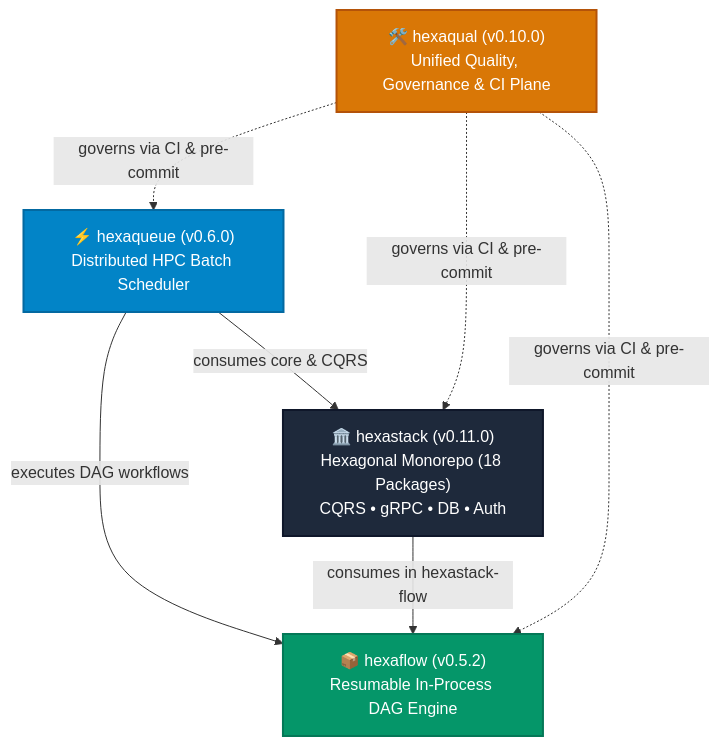
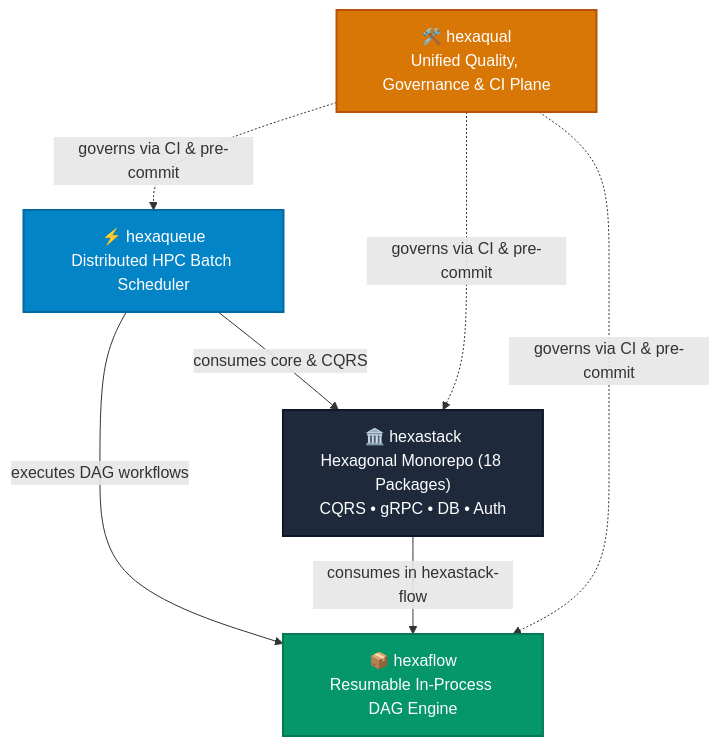
One commit to TheTrueSCU/hexaqueue changed the first of 2 diagrams in docs/ecosystem.md. Above: the diagram before and after it, drawn with Mermaid. The commit also changed other lines of this file and 32 other files, not shown here.

````diff
--- a/docs/ecosystem.md
+++ b/docs/ecosystem.md
@@ -9,19 +10,19 @@
 ```mermaid
 graph TD
     classDef hq fill:#0284c7,stroke:#0369a1,stroke-width:2px,color:#ffffff;
     classDef hs fill:#1e293b,stroke:#0f172a,stroke-width:2px,color:#ffffff;
     classDef hf fill:#059669,stroke:#047857,stroke-width:2px,color:#ffffff;
     classDef hqual fill:#d97706,stroke:#b45309,stroke-width:2px,color:#ffffff;
 
-    HQ["⚡ hexaqueue (v0.6.0)<br/>Distributed HPC Batch Scheduler"]:::hq
-    HS["🏛️ hexastack (v0.11.0)<br/>Hexagonal Monorepo (18 Packages)<br/>CQRS • gRPC • DB • Auth"]:::hs
-    HF["📦 hexaflow (v0.5.2)<br/>Resumable In-Process DAG Engine"]:::hf
-    HQUAL["🛠️ hexaqual (v0.10.0)<br/>Unified Quality, Governance & CI Plane"]:::hqual
+    HQ["⚡ hexaqueue<br/>Distributed HPC Batch Scheduler"]:::hq
+    HS["🏛️ hexastack<br/>Hexagonal Monorepo (18 Packages)<br/>CQRS • gRPC • DB • Auth"]:::hs
+    HF["📦 hexaflow<br/>Resumable In-Process DAG Engine"]:::hf
+    HQUAL["🛠️ hexaqual<br/>Unified Quality, Governance & CI Plane"]:::hqual
 
     HQ -->|"consumes core & CQRS"| HS
     HQ -->|"executes DAG workflows"| HF
     HS -->|"consumes in hexastack-flow"| HF
     HQUAL -. "governs via CI & pre-commit" .-> HQ
     HQUAL -. "governs via CI & pre-commit" .-> HS
     HQUAL -. "governs via CI & pre-commit" .-> HF
 ```
````
